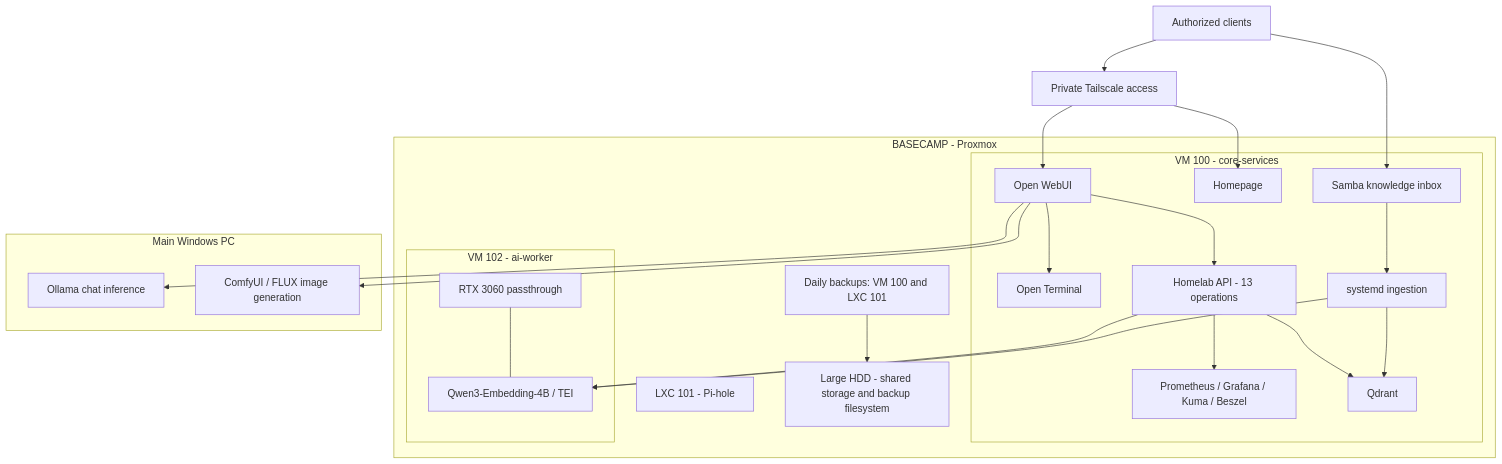
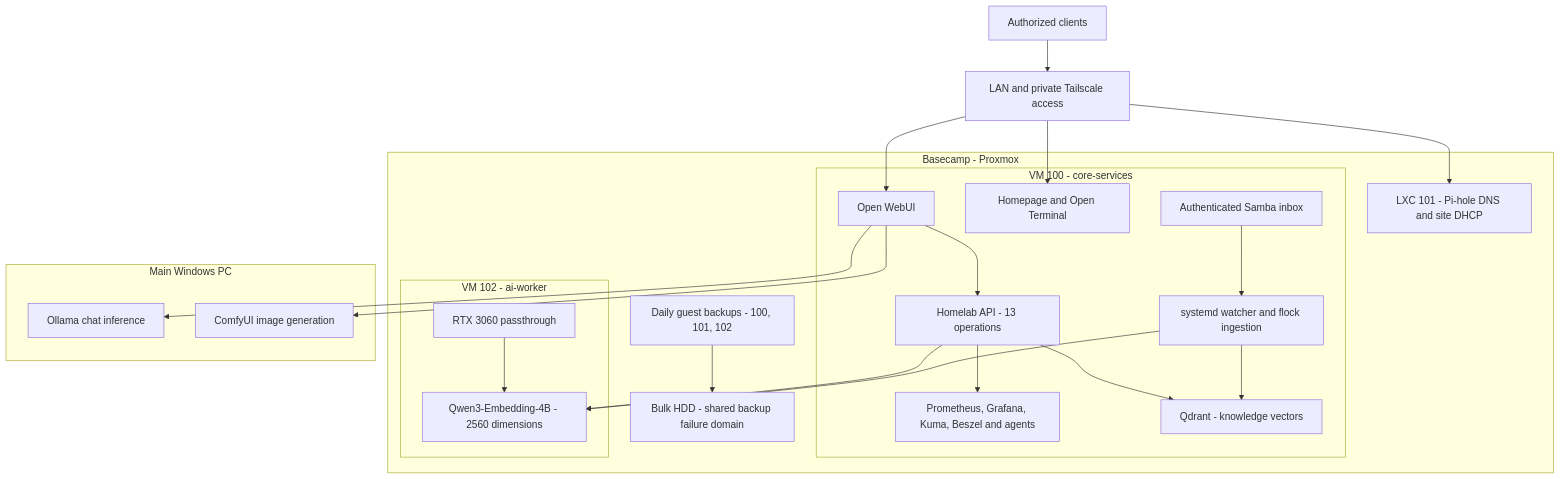
The diagram in diagrams/basecamp-architecture.md (soonerbear22-ux/basecamp-homelab), drawn with Mermaid before and after one commit. The commit also changed other lines of this file and 45 other files, not shown here.

````diff
--- a/diagrams/basecamp-architecture.md
+++ b/diagrams/basecamp-architecture.md
@@ -7,42 +7,40 @@
 ```mermaid
 flowchart TB
-    Clients["Authorized clients"] --> Access["Private Tailscale access"]
-    Access --> WebUI
-    Access --> Dashboard
-    subgraph Basecamp["BASECAMP - Proxmox"]
-        subgraph Core["VM 100 - core-services"]
-            WebUI["Open WebUI"]
-            Terminal["Open Terminal"]
-            Dashboard["Homepage"]
-            API["Homelab API - 13 operations"]
-            Monitor["Prometheus / Grafana / Kuma / Beszel"]
-            Inbox["Samba knowledge inbox"]
-            Ingest["systemd ingestion"]
-            Qdrant["Qdrant"]
-            Inbox --> Ingest
-            WebUI --> API
-            WebUI --> Terminal
-            API --> Qdrant
-            API --> Monitor
-            Ingest --> Qdrant
-        end
-        subgraph Worker["VM 102 - ai-worker"]
-            GPU["RTX 3060 passthrough"]
-            Embed["Qwen3-Embedding-4B / TEI"]
-            GPU --- Embed
-        end
-        DNS["LXC 101 - Pi-hole"]
-        Backup["Daily backups: VM 100 and LXC 101"]
-        Disk["Large HDD - shared storage and backup filesystem"]
-        Backup --> Disk
-        API --> Embed
-        Ingest --> Embed
+    CLIENT[Authorized clients] --> ACCESS[LAN and private Tailscale access]
+    subgraph BASE[Basecamp - Proxmox]
+      subgraph CORE[VM 100 - core-services]
+        UI[Open WebUI]
+        APPS[Homepage and Open Terminal]
+        MON[Prometheus, Grafana, Kuma, Beszel and agents]
+        API[Homelab API - 13 operations]
+        INBOX[Authenticated Samba inbox]
+        INGEST[systemd watcher and flock ingestion]
+        QDRANT[Qdrant - knowledge vectors]
+        INBOX --> INGEST
+        INGEST --> QDRANT
+        UI --> API
+        API --> QDRANT
+        API --> MON
+      end
+      subgraph WORKER[VM 102 - ai-worker]
+        GPU[RTX 3060 passthrough]
+        TEI[Qwen3-Embedding-4B - 2560 dimensions]
+        GPU --> TEI
+      end
+      DNS[LXC 101 - Pi-hole DNS and site DHCP]
+      BACKUP[Daily guest backups - 100, 101, 102]
+      DISK[Bulk HDD - shared backup failure domain]
+      BACKUP --> DISK
     end
-    subgraph PC["Main Windows PC"]
-        Ollama["Ollama chat inference"]
-        Comfy["ComfyUI / FLUX image generation"]
+    subgraph PC[Main Windows PC]
+      OLLAMA[Ollama chat inference]
+      COMFY[ComfyUI image generation]
     end
-    WebUI --> Ollama
-    WebUI --> Comfy
-    Clients --> Inbox
+    ACCESS --> UI
+    ACCESS --> APPS
+    ACCESS --> DNS
+    UI --> OLLAMA
+    UI --> COMFY
+    INGEST --> TEI
+    API --> TEI
 ```
````
